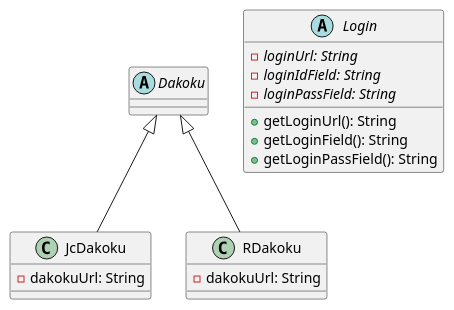
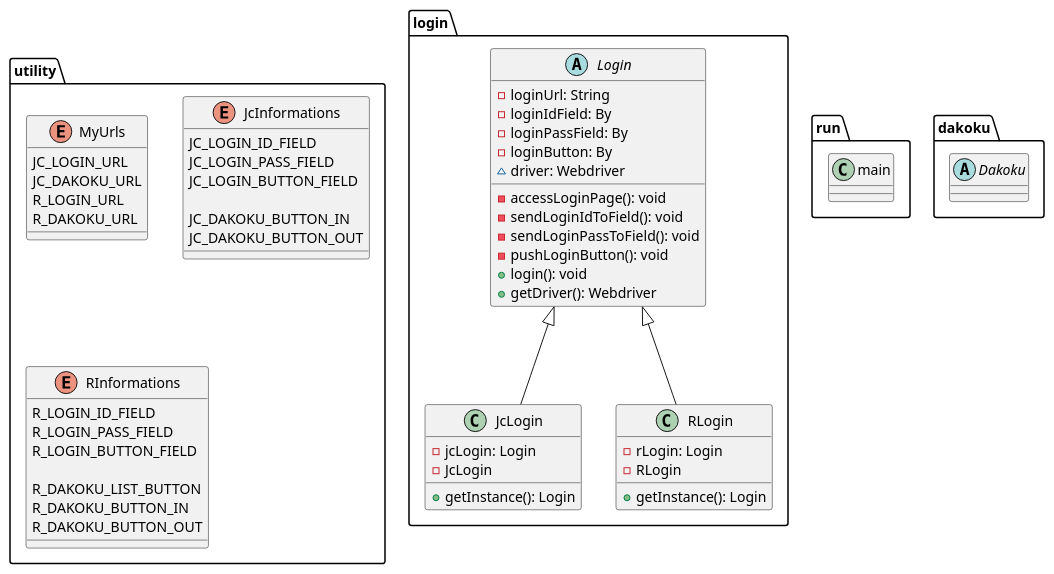
One commit to sahokk/JavaDakoku0502 changed the diagram in クラス図.pu. Above: the diagram before and after it, drawn with PlantUML. The commit also changed 662 other files, not shown here.

```diff
--- a/クラス図.pu
+++ b/クラス図.pu
@@ -1,25 +1,74 @@
 "@startuml Dakoku Class図"
-abstract class Dakoku {
+
+package utility {
+    enum MyUrls {
+        JC_LOGIN_URL
+        JC_DAKOKU_URL
+        R_LOGIN_URL
+        R_DAKOKU_URL
+    }
+
+    enum JcInformations {
     
+        JC_LOGIN_ID_FIELD
+        JC_LOGIN_PASS_FIELD
+        JC_LOGIN_BUTTON_FIELD
+
+        JC_DAKOKU_BUTTON_IN
+        JC_DAKOKU_BUTTON_OUT
+    
+    }
+enum RInformations {
+        R_LOGIN_ID_FIELD
+        R_LOGIN_PASS_FIELD
+        R_LOGIN_BUTTON_FIELD
+        
+        R_DAKOKU_LIST_BUTTON
+        R_DAKOKU_BUTTON_IN
+        R_DAKOKU_BUTTON_OUT
+    }
+}
+package login {
+    abstract class Login {
+        - loginUrl: String
+        - loginIdField: By
+        - loginPassField: By
+        - loginButton: By
+        ~ driver: Webdriver
+
+        - accessLoginPage(): void
+        - sendLoginIdToField(): void
+        - sendLoginPassToField(): void
+        - pushLoginButton(): void 
+        + login(): void
+        + getDriver(): Webdriver
+    }
+
+    class JcLogin extends Login {
+        - jcLogin: Login
+        - JcLogin
+        + getInstance(): Login
+    }
+
+    class RLogin extends Login {
+        - rLogin: Login
+        - RLogin
+        + getInstance(): Login
+    }
 }
 
-class JcDakoku extends Dakoku {
-    - dakokuUrl: String
+package run {
+    class main {
+
+    }
 }
 
-class RDakoku extends Dakoku {
-    - dakokuUrl: String
-
+package dakoku {
+    abstract class Dakoku {
+        
+    }
 }
 
-abstract class Login {
-    - {abstract} loginUrl: String
-    - {abstract} loginIdField: String
-    - {abstract} loginPassField: String
 
-    + getLoginUrl(): String
-    + getLoginField(): String
-    + getLoginPassField(): String
-}
 
 @enduml
```
